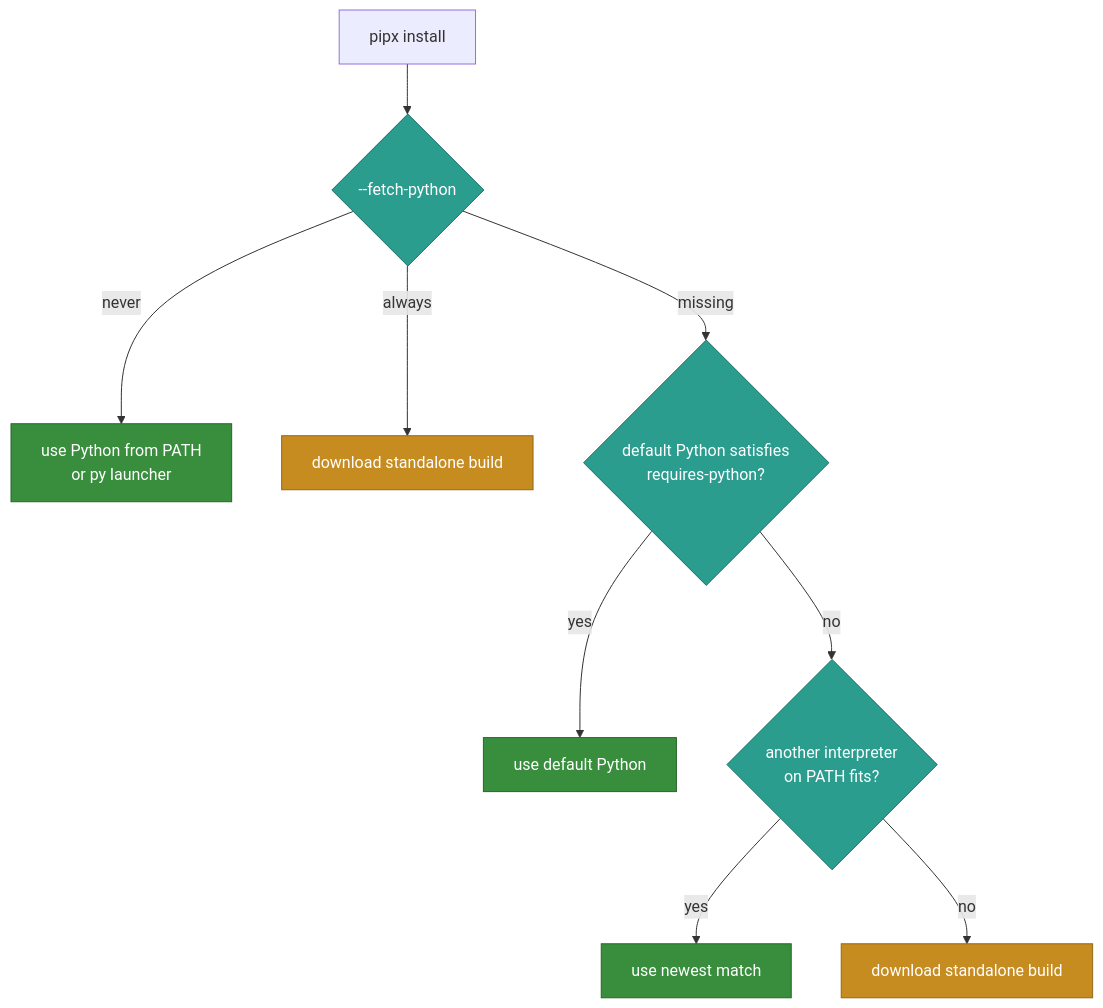
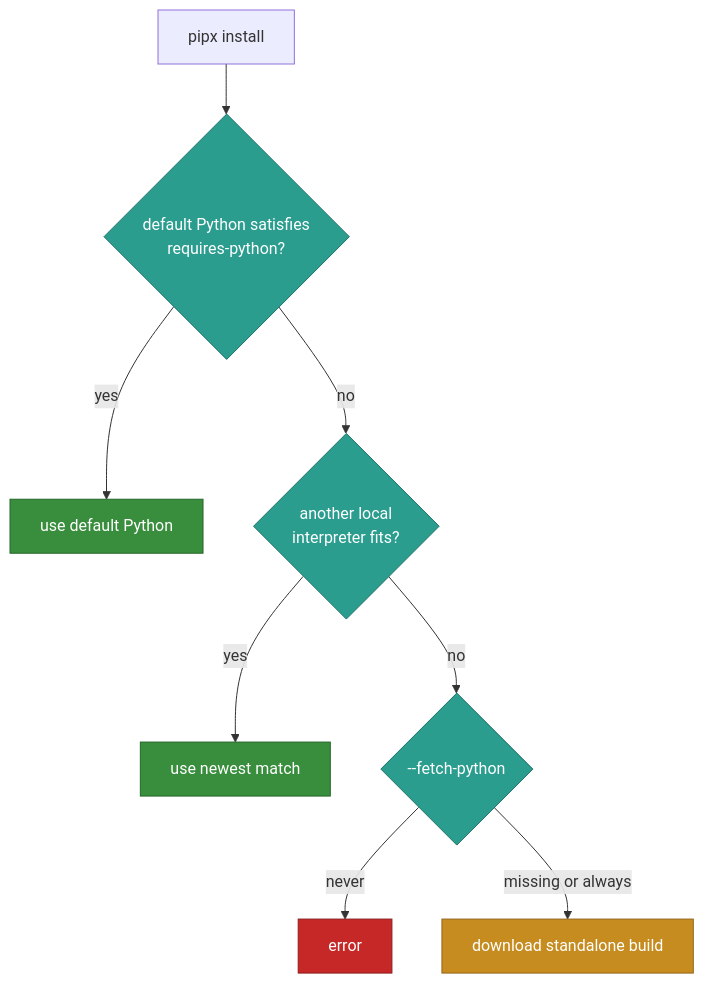
One commit to pypa/pipx changed the diagram in docs/how-to/standalone-python.rst. Above: the diagram before and after it, drawn with Mermaid. The commit also changed other lines of this file and 29 other files, not shown here.

```diff
--- a/docs/how-to/standalone-python.rst
+++ b/docs/how-to/standalone-python.rst
@@ -16,18 +16,19 @@
 .. mermaid::
 
     flowchart TD
-        START["pipx install"] --> POLICY{"--fetch-python"}
-        POLICY -->|never| PATHPY["use Python from PATH<br/>or py launcher"]
-        POLICY -->|always| FETCH["download standalone build"]
-        POLICY -->|missing| DEF{"default Python satisfies<br/>requires-python?"}
+        START["pipx install"] --> DEF{"default Python satisfies<br/>requires-python?"}
         DEF -->|yes| USEDEF["use default Python"]
-        DEF -->|no| SEARCH{"another interpreter<br/>on PATH fits?"}
+        DEF -->|no| SEARCH{"another local<br/>interpreter fits?"}
         SEARCH -->|yes| USEMATCH["use newest match"]
-        SEARCH -->|no| FETCH2["download standalone build"]
+        SEARCH -->|no| POLICY{"--fetch-python"}
+        POLICY -->|never| FAIL["error"]
+        POLICY -->|missing or always| FETCH["download standalone build"]
 
         classDef decision fill:#2a9d8f,stroke:#1f7268,color:#fff;
         classDef fetch fill:#c78c20,stroke:#946716,color:#fff;
         classDef use fill:#388e3c,stroke:#276628,color:#fff;
+        classDef fail fill:#c62828,stroke:#8e1c1c,color:#fff;
         class POLICY,DEF,SEARCH decision;
-        class FETCH,FETCH2 fetch;
-        class PATHPY,USEDEF,USEMATCH use;
+        class FETCH fetch;
+        class USEDEF,USEMATCH use;
+        class FAIL fail;
```
